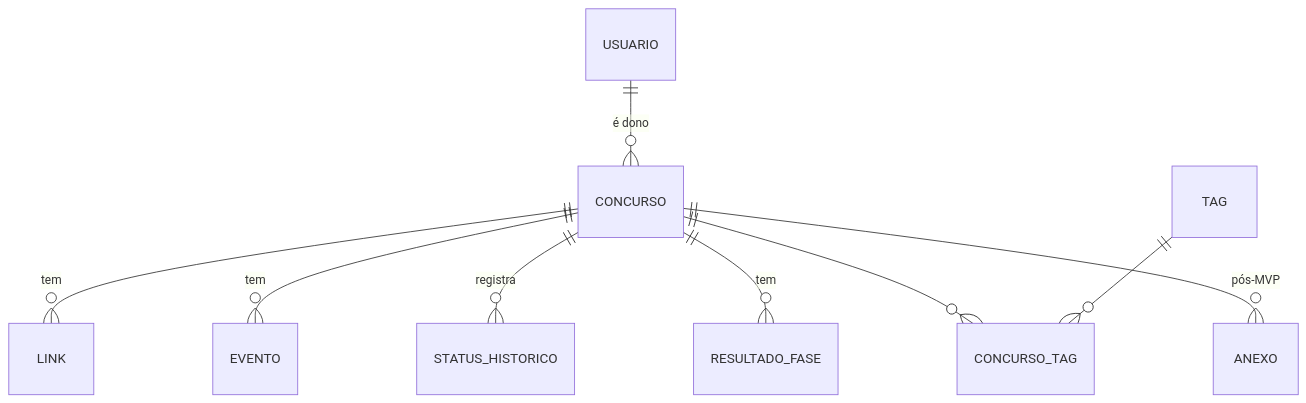
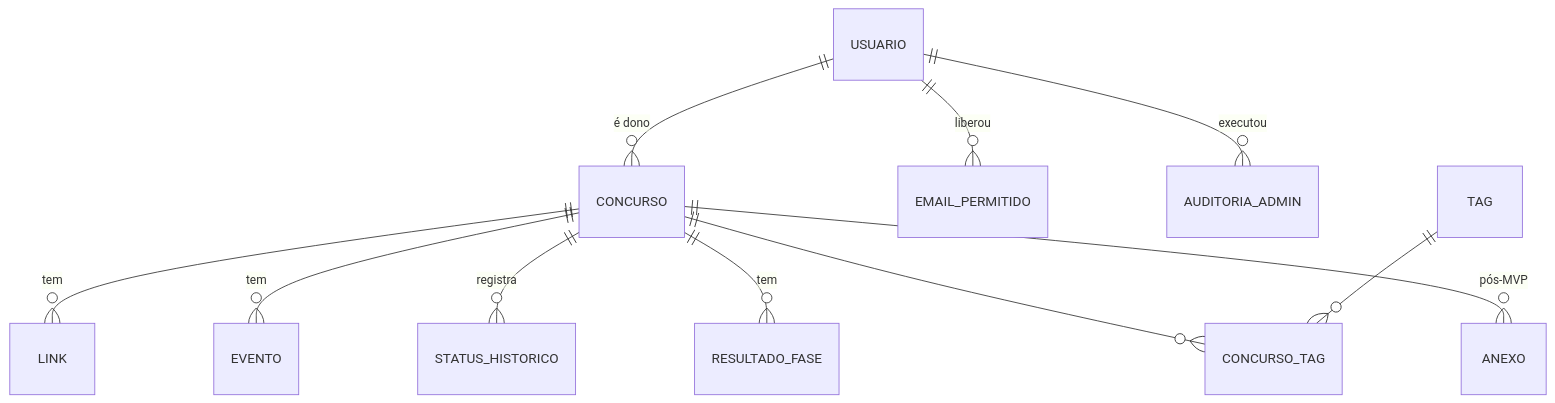
One commit to rkenjiak/concurso changed the second of 2 diagrams in docs/ARQUITETURA.md. Above: the diagram before and after it, drawn with Mermaid. The commit also changed other lines of this file and 41 other files, not shown here.

````diff
--- a/docs/ARQUITETURA.md
+++ b/docs/ARQUITETURA.md
@@ -71,11 +71,13 @@
 ```mermaid
 erDiagram
   USUARIO ||--o{ CONCURSO : "é dono"
+  USUARIO ||--o{ EMAIL_PERMITIDO : "liberou"
+  USUARIO ||--o{ AUDITORIA_ADMIN : "executou"
   CONCURSO ||--o{ LINK : tem
   CONCURSO ||--o{ EVENTO : tem
   CONCURSO ||--o{ STATUS_HISTORICO : registra
   CONCURSO ||--o{ RESULTADO_FASE : tem
   CONCURSO ||--o{ CONCURSO_TAG : ""
   TAG ||--o{ CONCURSO_TAG : ""
   CONCURSO ||--o{ ANEXO : "pós-MVP"
 ```
````
